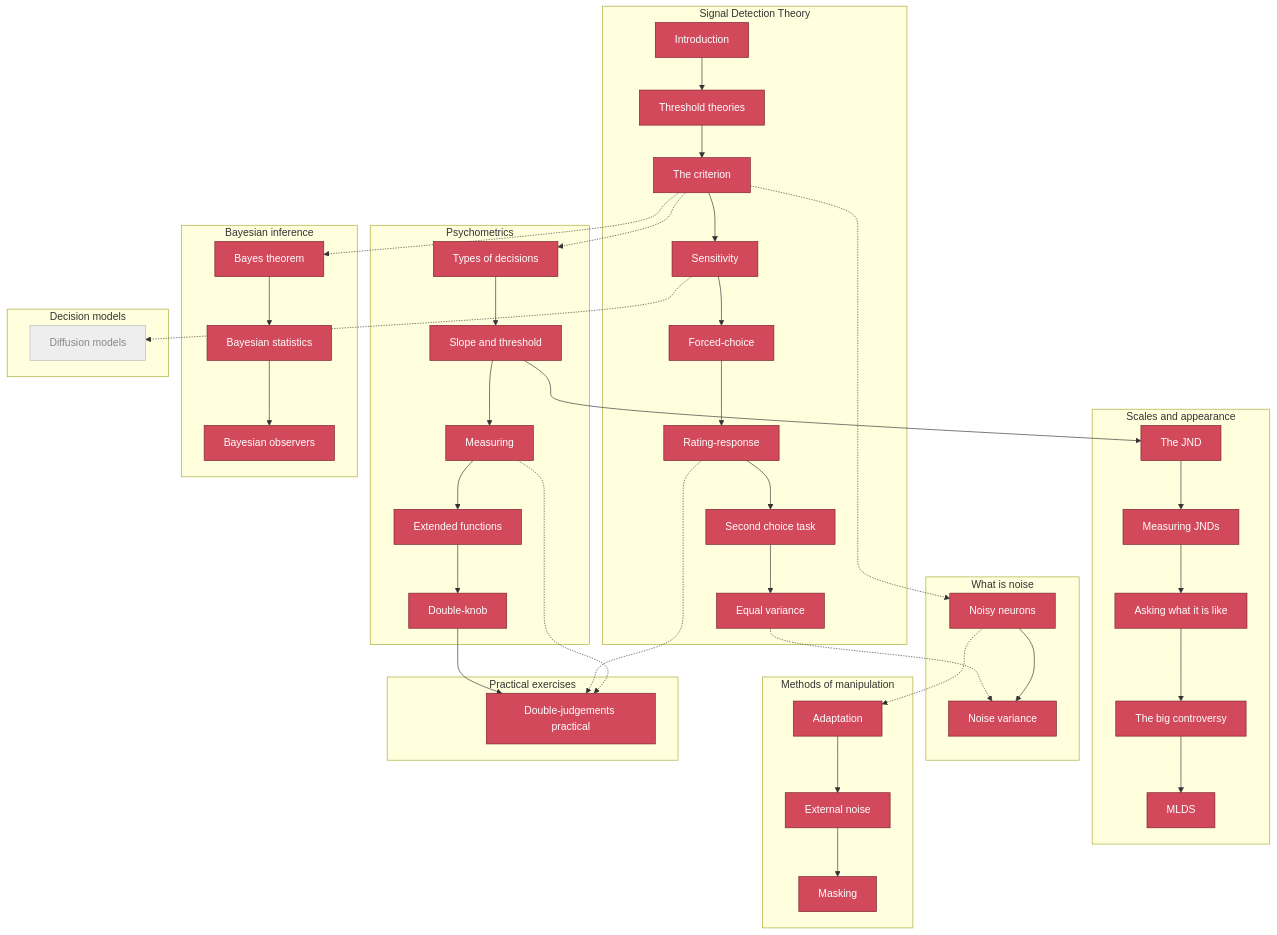
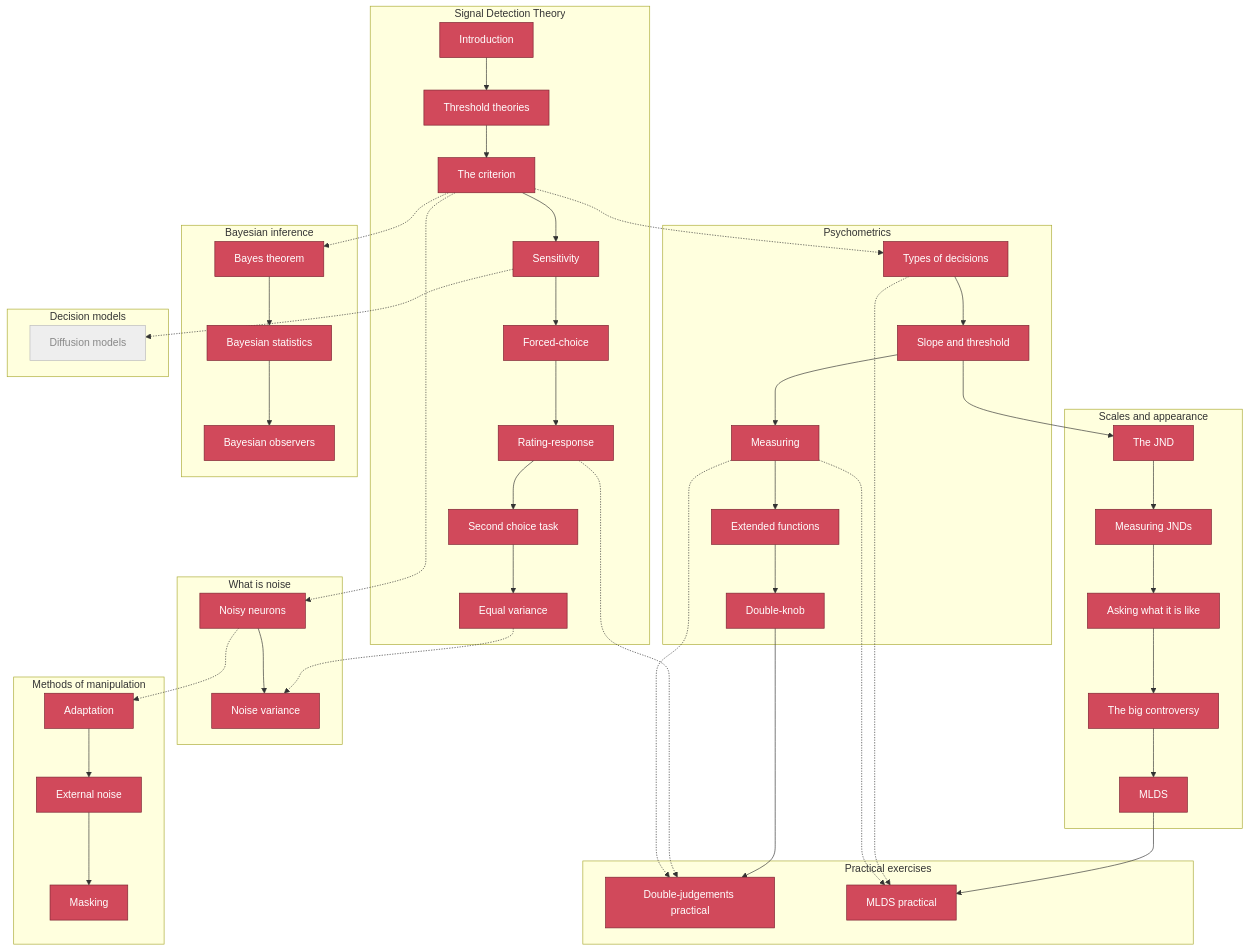
The diagram in sitemap.md (tbalsdon/psychophysical-choose-your-own-adventure), drawn with Mermaid before and after one commit. The commit also changed 3 other files, not shown here.

First line of the commit message:
Add MLDS practical exercise module + data

````diff
--- a/sitemap.md
+++ b/sitemap.md
@@ -61,6 +61,7 @@
 
     subgraph PRAC [Practical exercises]
         prac[Double-judgements practical]
+        pracM[MLDS practical]
     end
 
     a --> b --> d --> e --> f --> g --> h --> i
@@ -79,10 +80,13 @@
     pdk --> prac
     g -.-> prac
     pme -.-> prac
+    smlds --> pracM
+    pdec -.-> pracM
+    pme -.-> pracM
 
     classDef done fill:#d1495b,stroke:#7a2230,color:#fff;
     classDef todo fill:#eee,stroke:#bbb,color:#888;
-    class a,b,d,e,f,g,h,i,nn,nv,pdec,pst,pme,pex,pdk,sjnd,sst,sask,sctrl,smlds,madapt,mext,mmask,bth,bstat,bobs,prac done;
+    class a,b,d,e,f,g,h,i,nn,nv,pdec,pst,pme,pex,pdk,sjnd,sst,sask,sctrl,smlds,madapt,mext,mmask,bth,bstat,bobs,prac,pracM done;
     class dm1 todo;
 
     click a "../modules/sdt-intro"
@@ -112,4 +116,5 @@
     click bstat "../modules/bayes-statistics"
     click bobs "../modules/bayes-observers"
     click prac "../modules/practical-double-judgements"
+    click pracM "../modules/practical-mlds"
 ```
````
